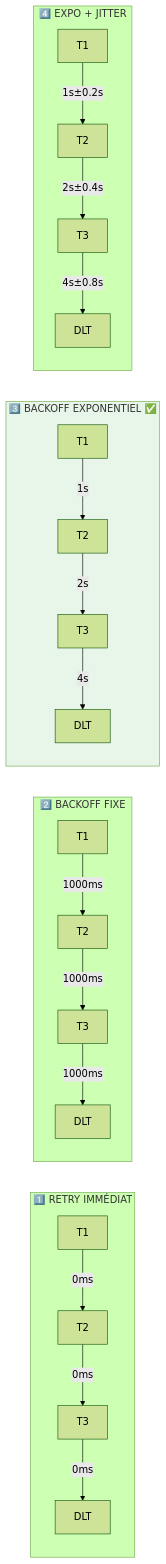
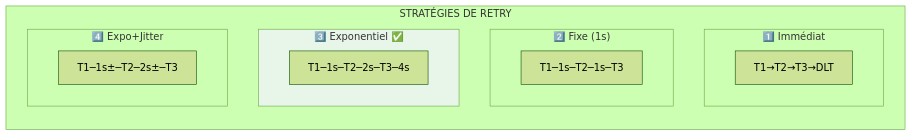
Before and after one commit to msellamiTN/kafka-bhf: the second of 4 diagrams in formation-v2/day-02-development/module-04-advanced-patterns/README.md, drawn with Mermaid (forest theme). The commit also changed other lines of this file and 4 other files, not shown here.

Commit message:
refactor: reorganize Mermaid diagrams - more compact and readable

````diff
--- a/formation-v2/day-02-development/module-04-advanced-patterns/README.md
+++ b/formation-v2/day-02-development/module-04-advanced-patterns/README.md
@@ -73,20 +73,19 @@
 ```mermaid
-flowchart LR
-    subgraph immediate["1️⃣ RETRY IMMÉDIAT"]
-        I1[T1] -->|0ms| I2[T2] -->|0ms| I3[T3] -->|0ms| ID[DLT]
+flowchart TB
+    subgraph strategies["STRATÉGIES DE RETRY"]
+        direction TB
+        subgraph s1["1️⃣ Immédiat"]
+            A1["T1→T2→T3→DLT"]
+        end
+        subgraph s2["2️⃣ Fixe (1s)"]
+            A2["T1─1s─T2─1s─T3"]
+        end
+        subgraph s3["3️⃣ Exponentiel ✅"]
+            A3["T1─1s─T2─2s─T3─4s"]
+        end
+        subgraph s4["4️⃣ Expo+Jitter"]
+            A4["T1─1s±─T2─2s±─T3"]
+        end
     end
-    
-    subgraph fixed["2️⃣ BACKOFF FIXE"]
-        F1[T1] -->|1000ms| F2[T2] -->|1000ms| F3[T3] -->|1000ms| FD[DLT]
-    end
-    
-    subgraph expo["3️⃣ BACKOFF EXPONENTIEL ✅"]
-        E1[T1] -->|1s| E2[T2] -->|2s| E3[T3] -->|4s| ED[DLT]
-    end
-    
-    subgraph jitter["4️⃣ EXPO + JITTER"]
-        J1[T1] -->|1s±0.2s| J2[T2] -->|2s±0.4s| J3[T3] -->|4s±0.8s| JD[DLT]
-    end
-    
-    style expo fill:#e8f5e9
+    style s3 fill:#e8f5e9
 ```
````
